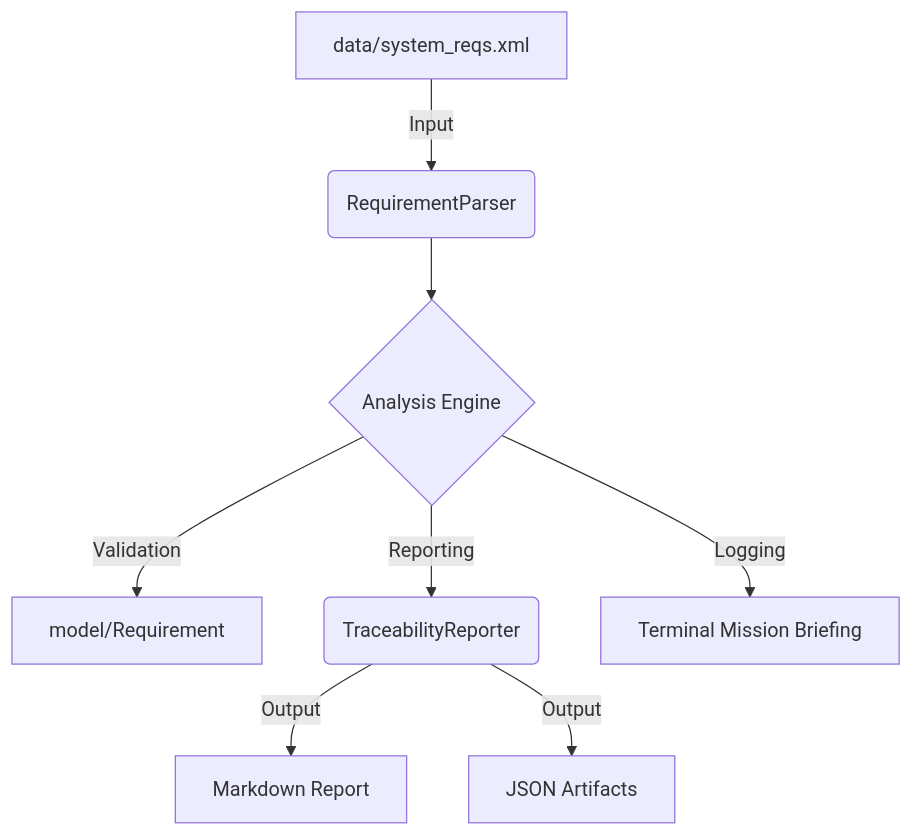
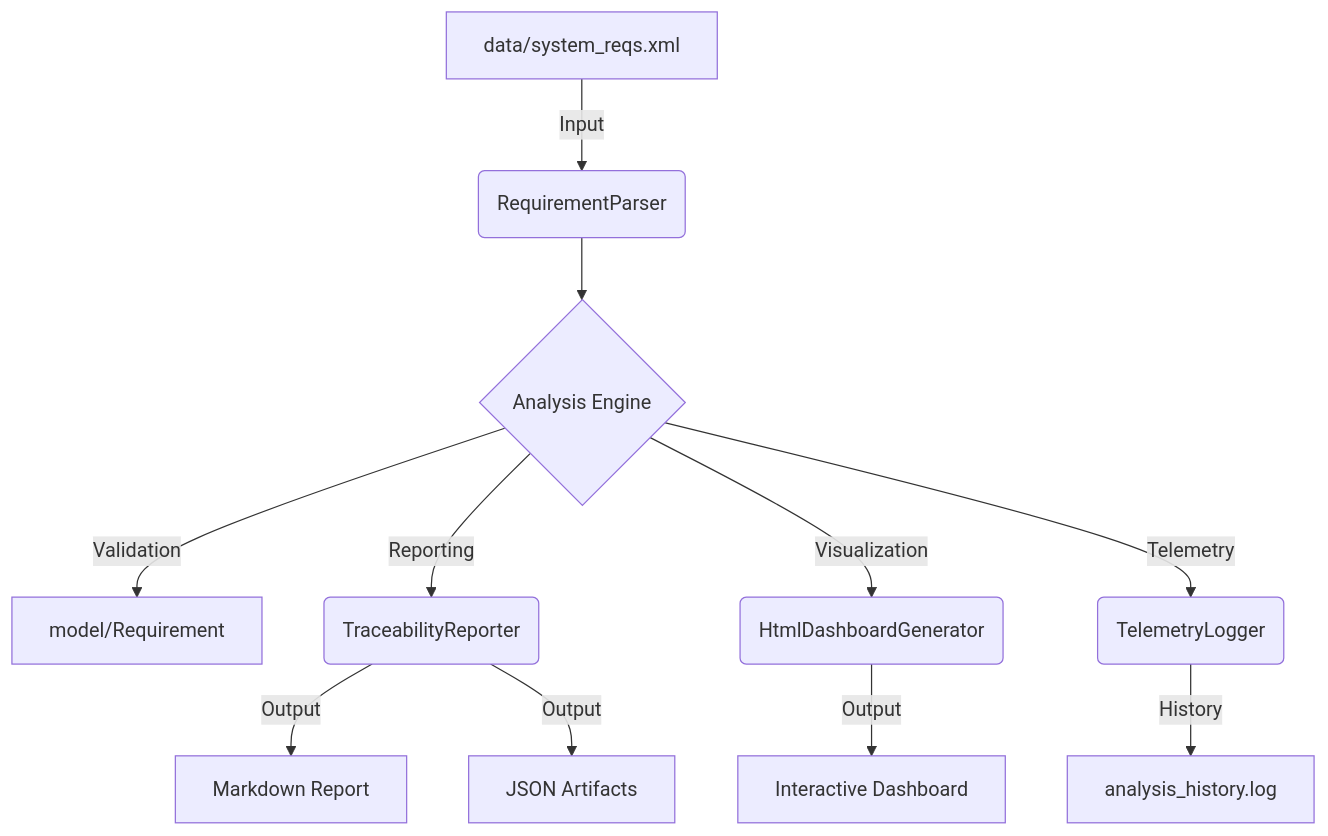
Before and after one commit to Kefmat/ReqTrace-Java: the diagram in README.md, drawn with Mermaid. The commit also changed other lines of this file and 2 other files, not shown here.

````diff
--- a/README.md
+++ b/README.md
@@ -10,10 +10,13 @@
 ```mermaid
 graph TD
     A[data/system_reqs.xml] -->|Input| B(RequirementParser)
     B --> C{Analysis Engine}
     C -->|Validation| D[model/Requirement]
     C -->|Reporting| E(TraceabilityReporter)
+    C -->|Visualization| I(HtmlDashboardGenerator)
+    C -->|Telemetry| J(TelemetryLogger)
     E -->|Output| F[Markdown Report]
     E -->|Output| G[JSON Artifacts]
-    C -->|Logging| H[Terminal Mission Briefing]
+    I -->|Output| K[Interactive Dashboard]
+    J -->|History| L[analysis_history.log]
 ```
````
